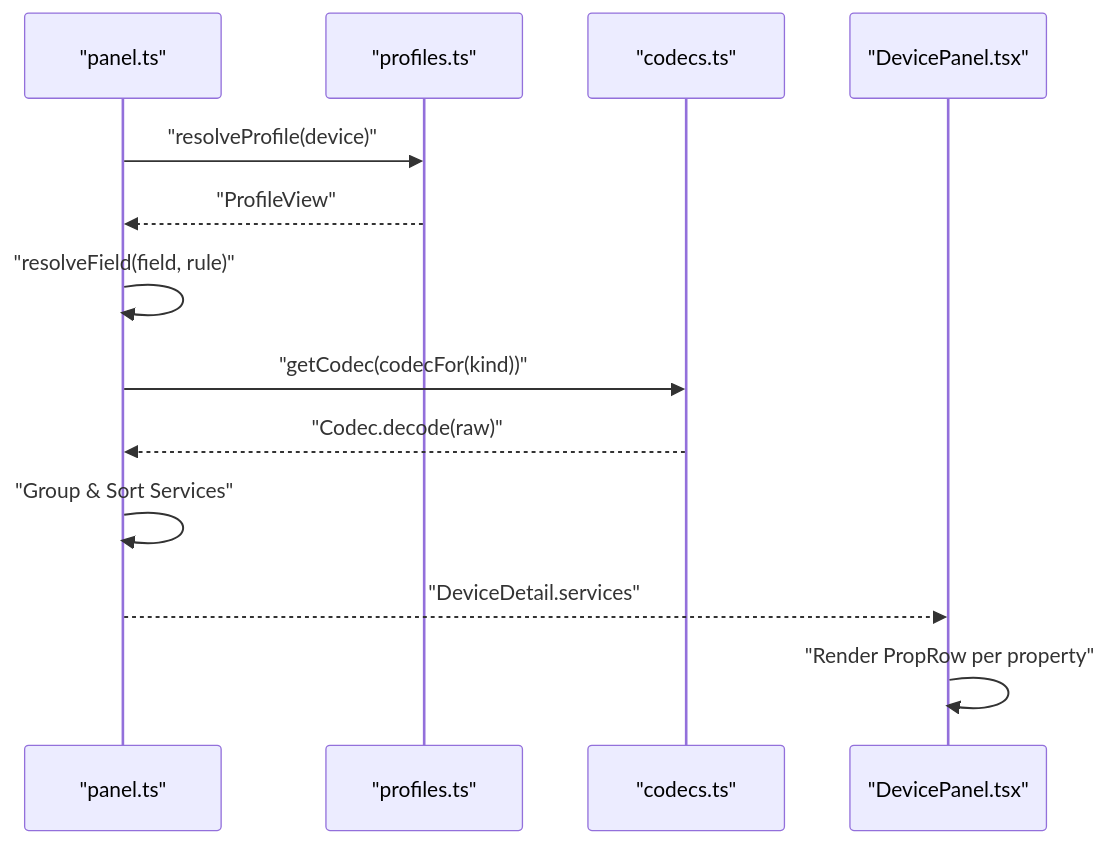
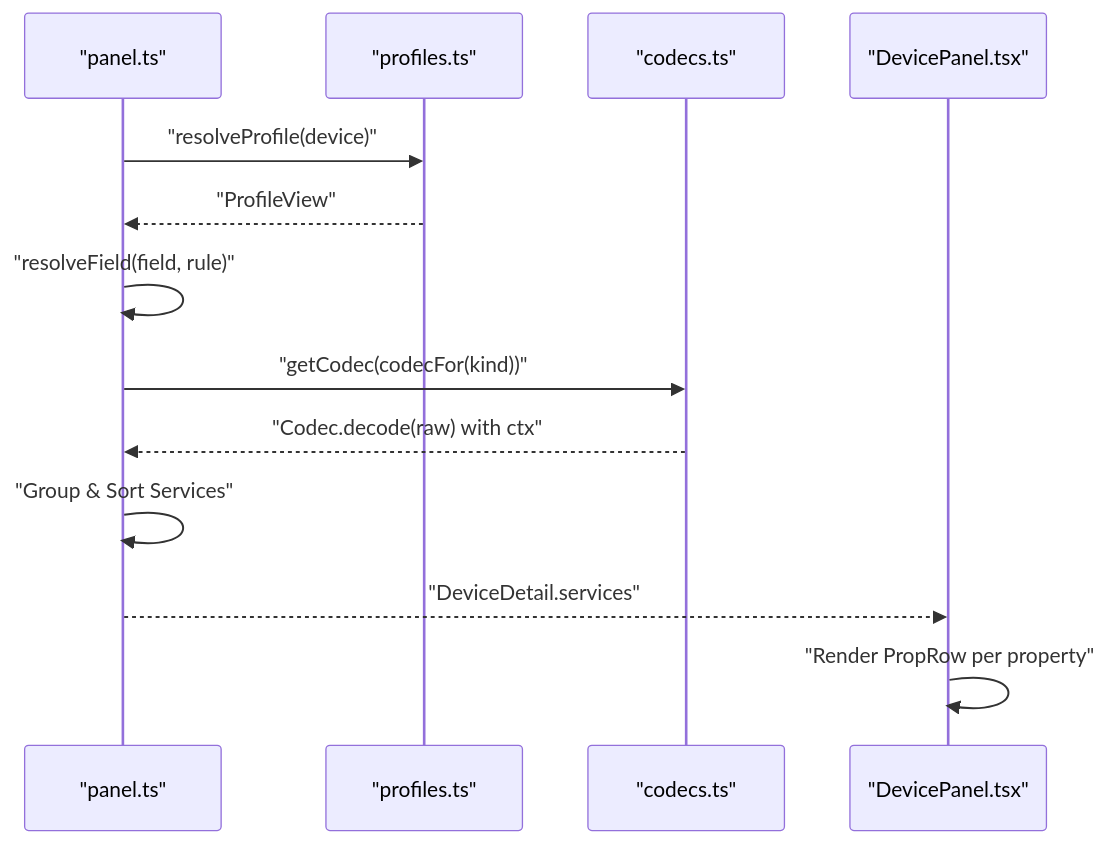
Before and after one commit to dlutwuwei/mihome-web: the fifth of 8 diagrams in .qoder/repowiki/en/content/Architecture Overview/Control Panel Architecture.md, drawn with Mermaid. The commit also changed other lines of this file and 84 other files, not shown here.

````diff
--- a/.qoder/repowiki/en/content/Architecture Overview/Control Panel Architecture.md
+++ b/.qoder/repowiki/en/content/Architecture Overview/Control Panel Architecture.md
@@ -276,15 +285,15 @@
 ```mermaid
 sequenceDiagram
 participant Panel as "panel.ts"
 participant Profiles as "profiles.ts"
 participant Codecs as "codecs.ts"
 participant Frontend as "DevicePanel.tsx"
 Panel->>Profiles : "resolveProfile(device)"
 Profiles-->>Panel : "ProfileView"
 Panel->>Panel : "resolveField(field, rule)"
 Panel->>Codecs : "getCodec(codecFor(kind))"
-Codecs-->>Panel : "Codec.decode(raw)"
+Codecs-->>Panel : "Codec.decode(raw) with ctx"
 Panel->>Panel : "Group & Sort Services"
 Panel-->>Frontend : "DeviceDetail.services"
 Frontend->>Frontend : "Render PropRow per property"
 ```
````
